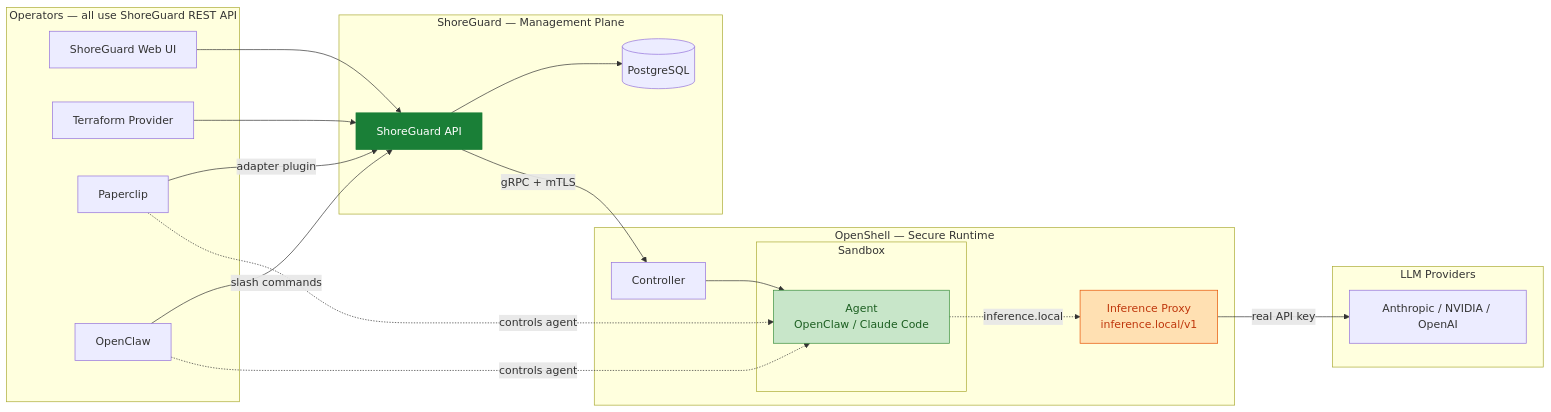
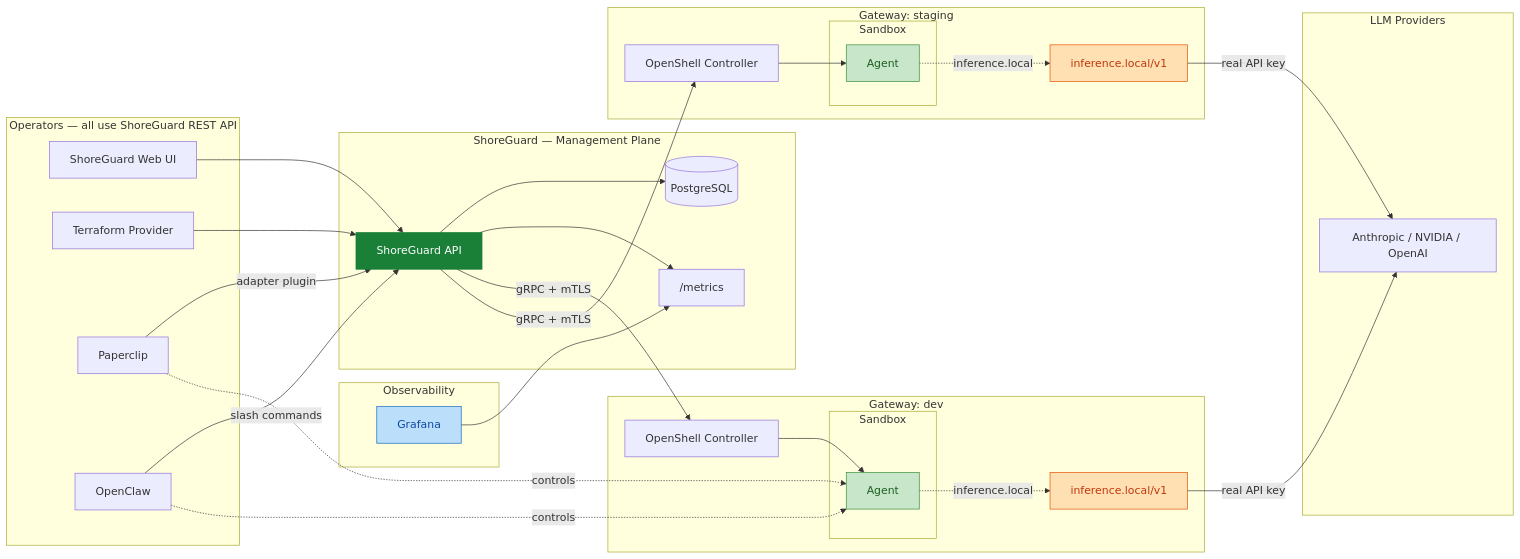
The diagram in README.md (FloHofstetter/shoreguard), drawn with Mermaid before and after one commit. The commit also changed other lines of this file, not shown here.

Commit message:
docs: add multi-gateway and observability to architecture diagram
Show two gateways (dev, staging) managed by one ShoreGuard instance.
Add Prometheus /metrics endpoint and Grafana for observability.

````diff
--- a/README.md
+++ b/README.md
@@ -17,44 +17,64 @@
 ```mermaid
 graph LR
     subgraph "Operators — all use ShoreGuard REST API"
         UI["ShoreGuard Web UI"]
         TF["Terraform Provider"]
         PC["Paperclip"]
         OC["OpenClaw"]
     end
 
+    subgraph "Observability"
+        Grafana["Grafana"]
+    end
+
     subgraph "ShoreGuard — Management Plane"
         SG["ShoreGuard API"]
         DB[("PostgreSQL")]
+        Metrics["/metrics"]
     end
 
-    subgraph "OpenShell — Secure Runtime"
-        OS["Controller"]
+    subgraph "Gateway: dev"
+        OS1["OpenShell Controller"]
+        subgraph "Sandbox"
+            Agent1["Agent"]
+        end
+        Proxy1["inference.local/v1"]
+    end
 
-        subgraph "Sandbox"
-            Agent["Agent<br/>OpenClaw / Claude Code"]
+    subgraph "Gateway: staging"
+        OS2["OpenShell Controller"]
+        subgraph "Sandbox "
+            Agent2["Agent"]
         end
-
-        Proxy["Inference Proxy<br/>inference.local/v1"]
+        Proxy2["inference.local/v1"]
     end
 
     subgraph "LLM Providers"
         LLM["Anthropic / NVIDIA / OpenAI"]
     end
 
     UI --> SG
     TF --> SG
     PC -->|"adapter plugin"| SG
     OC -->|"slash commands"| SG
-    PC -.->|"controls agent"| Agent
-    OC -.->|"controls agent"| Agent
+    PC -.->|"controls"| Agent1
+    OC -.->|"controls"| Agent1
+    Grafana --> Metrics
     SG --> DB
-    SG -- "gRPC + mTLS" --> OS
-    OS --> Agent
-    Agent -. "inference.local" .-> Proxy
-    Proxy -- "real API key" --> LLM
+    SG --> Metrics
+    SG -- "gRPC + mTLS" --> OS1
+    SG -- "gRPC + mTLS" --> OS2
+    OS1 --> Agent1
+    OS2 --> Agent2
+    Agent1 -. "inference.local" .-> Proxy1
+    Agent2 -. "inference.local" .-> Proxy2
+    Proxy1 -- "real API key" --> LLM
+    Proxy2 -- "real API key" --> LLM
 
     style SG fill:#1a7f37,color:#fff,stroke:#1a7f37
-    style Agent fill:#c8e6c9,stroke:#388e3c,color:#1b5e20
-    style Proxy fill:#ffe0b2,stroke:#e65100,color:#bf360c
+    style Agent1 fill:#c8e6c9,stroke:#388e3c,color:#1b5e20
+    style Agent2 fill:#c8e6c9,stroke:#388e3c,color:#1b5e20
+    style Proxy1 fill:#ffe0b2,stroke:#e65100,color:#bf360c
+    style Proxy2 fill:#ffe0b2,stroke:#e65100,color:#bf360c
+    style Grafana fill:#bbdefb,stroke:#1565c0,color:#0d47a1
 ```
````
